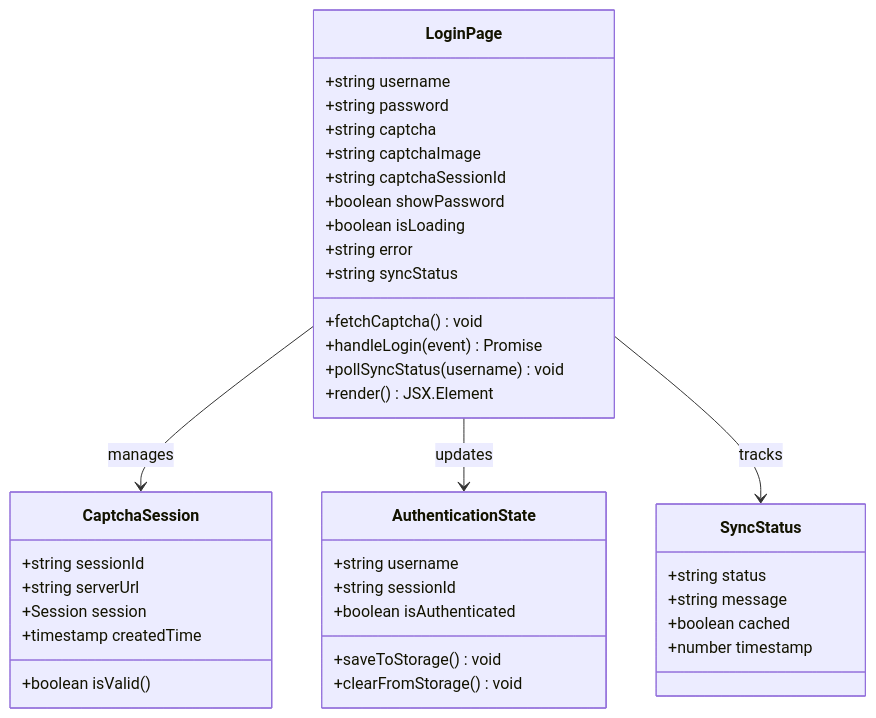
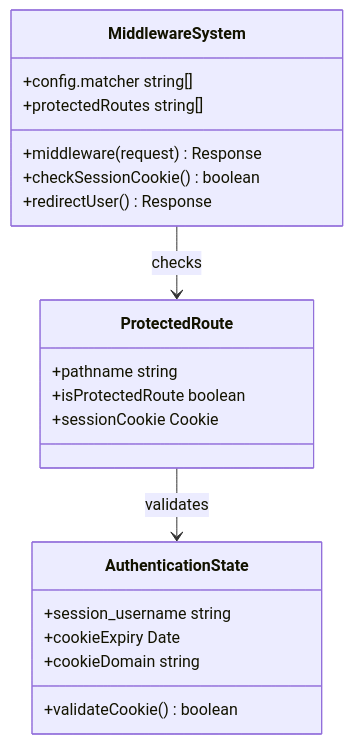
One commit to ghbbn053-ship-itsoulddog/soulddog changed the third of 12 diagrams in .qoder/repowiki/zh/content/前端应用文档/登录页面与认证流程.md. Above: the diagram before and after it, drawn with Mermaid. The commit also changed other lines of this file and 6 other files, not shown here.

````diff
--- a/.qoder/repowiki/zh/content/前端应用文档/登录页面与认证流程.md
+++ b/.qoder/repowiki/zh/content/前端应用文档/登录页面与认证流程.md
@@ -199,41 +231,23 @@
 ```mermaid
 classDiagram
-class LoginPage {
-+string username
-+string password
-+string captcha
-+string captchaImage
-+string captchaSessionId
-+boolean showPassword
-+boolean isLoading
-+string error
-+string syncStatus
-+fetchCaptcha() void
-+handleLogin(event) Promise
-+pollSyncStatus(username) void
-+render() JSX.Element
+class MiddlewareSystem {
++middleware(request) Response
++config.matcher string[]
++protectedRoutes string[]
++checkSessionCookie() boolean
++redirectUser() Response
 }
-class CaptchaSession {
-+string sessionId
-+string serverUrl
-+Session session
-+timestamp createdTime
-+boolean isValid()
+class ProtectedRoute {
++pathname string
++isProtectedRoute boolean
++sessionCookie Cookie
 }
 class AuthenticationState {
-+string username
-+string sessionId
-+boolean isAuthenticated
-+saveToStorage() void
-+clearFromStorage() void
++session_username string
++cookieExpiry Date
++cookieDomain string
++validateCookie() boolean
 }
-class SyncStatus {
-+string status
-+string message
-+boolean cached
-+number timestamp
-}
-LoginPage --> CaptchaSession : manages
-LoginPage --> AuthenticationState : updates
-LoginPage --> SyncStatus : tracks
+MiddlewareSystem --> ProtectedRoute : checks
+ProtectedRoute --> AuthenticationState : validates
 ```
````
